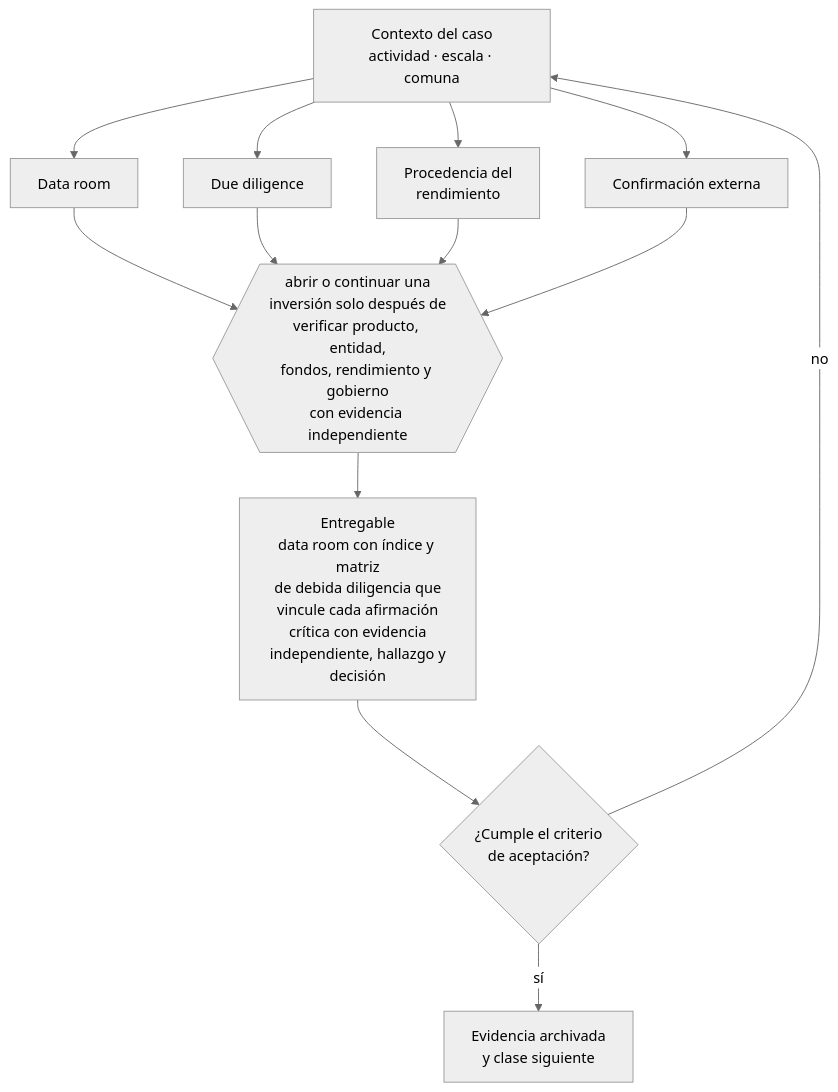
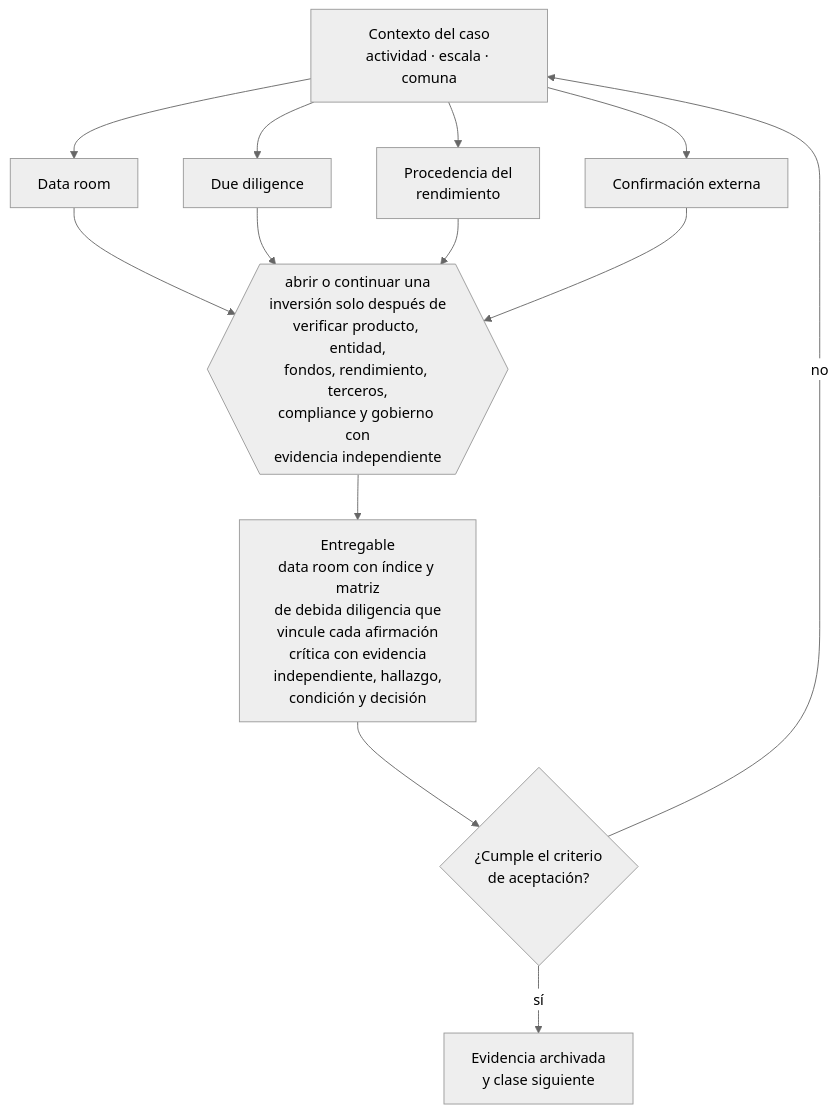
One commit to vladimiracunadev-create/modern-business-creation-program changed the diagram in curriculum/part-16-financiamiento-banca-fondos-e-inversion/class-13-data-room-y-due-diligence-de-inversion/README.md. Above: the diagram before and after it, drawn with Mermaid (neutral theme). The commit also changed other lines of this file and 33 other files, not shown here.

````diff
--- a/curriculum/part-16-financiamiento-banca-fondos-e-inversion/class-13-data-room-y-due-diligence-de-inversion/README.md
+++ b/curriculum/part-16-financiamiento-banca-fondos-e-inversion/class-13-data-room-y-due-diligence-de-inversion/README.md
@@ -34,13 +34,13 @@
 ```mermaid
 flowchart TB
     C["Contexto del caso<br/>actividad · escala · comuna"]
     C --> A1["Data room"]
     C --> A2["Due diligence"]
     C --> A3["Procedencia del<br/>rendimiento"]
     C --> A4["Confirmación externa"]
-    A1 & A2 & A3 & A4 --> D{{"abrir o continuar una<br/>inversión solo después de<br/>verificar producto, entidad,<br/>fondos, rendimiento y gobierno<br/>con evidencia independiente"}}
-    D --> E["Entregable<br/>data room con índice y matriz<br/>de debida diligencia que<br/>vincule cada afirmación<br/>crítica con evidencia<br/>independiente, hallazgo y<br/>decisión"]
+    A1 & A2 & A3 & A4 --> D{{"abrir o continuar una<br/>inversión solo después de<br/>verificar producto, entidad,<br/>fondos, rendimiento, terceros,<br/>compliance y gobierno con<br/>evidencia independiente"}}
+    D --> E["Entregable<br/>data room con índice y matriz<br/>de debida diligencia que<br/>vincule cada afirmación<br/>crítica con evidencia<br/>independiente, hallazgo,<br/>condición y decisión"]
     E --> V{"¿Cumple el criterio<br/>de aceptación?"}
     V -->|sí| S["Evidencia archivada<br/>y clase siguiente"]
     V -->|no| C
 ```
````
